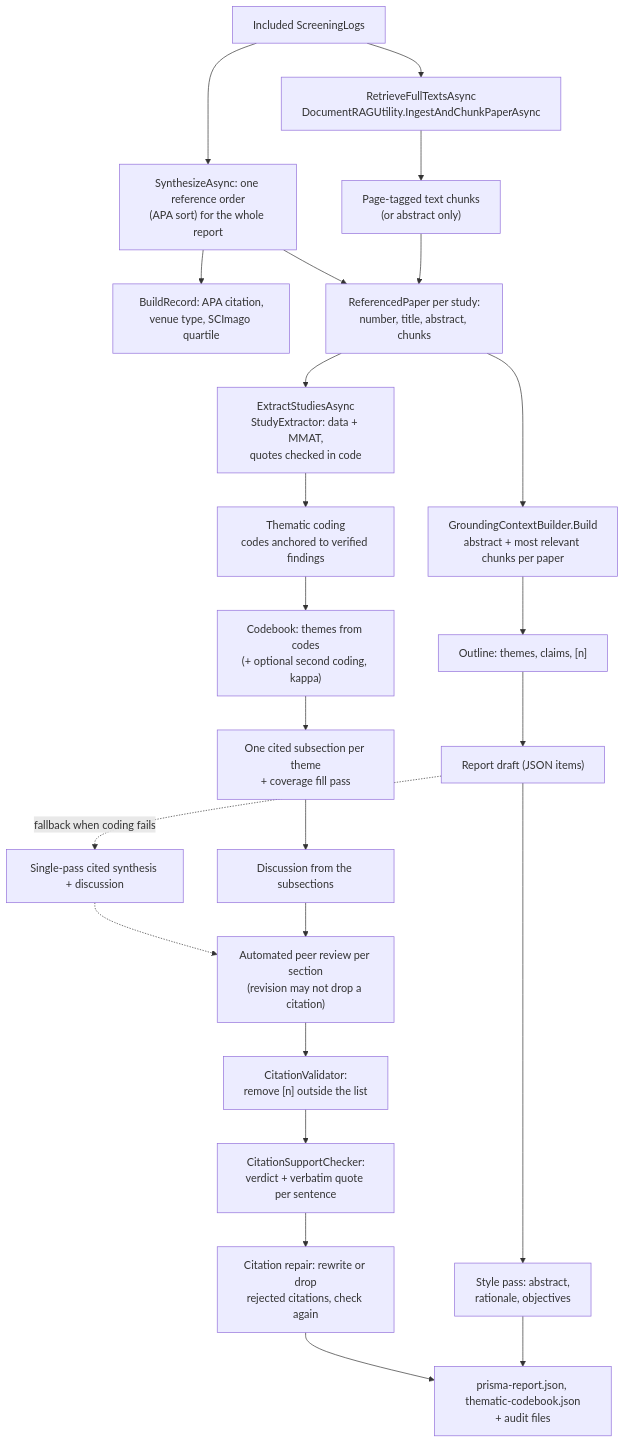
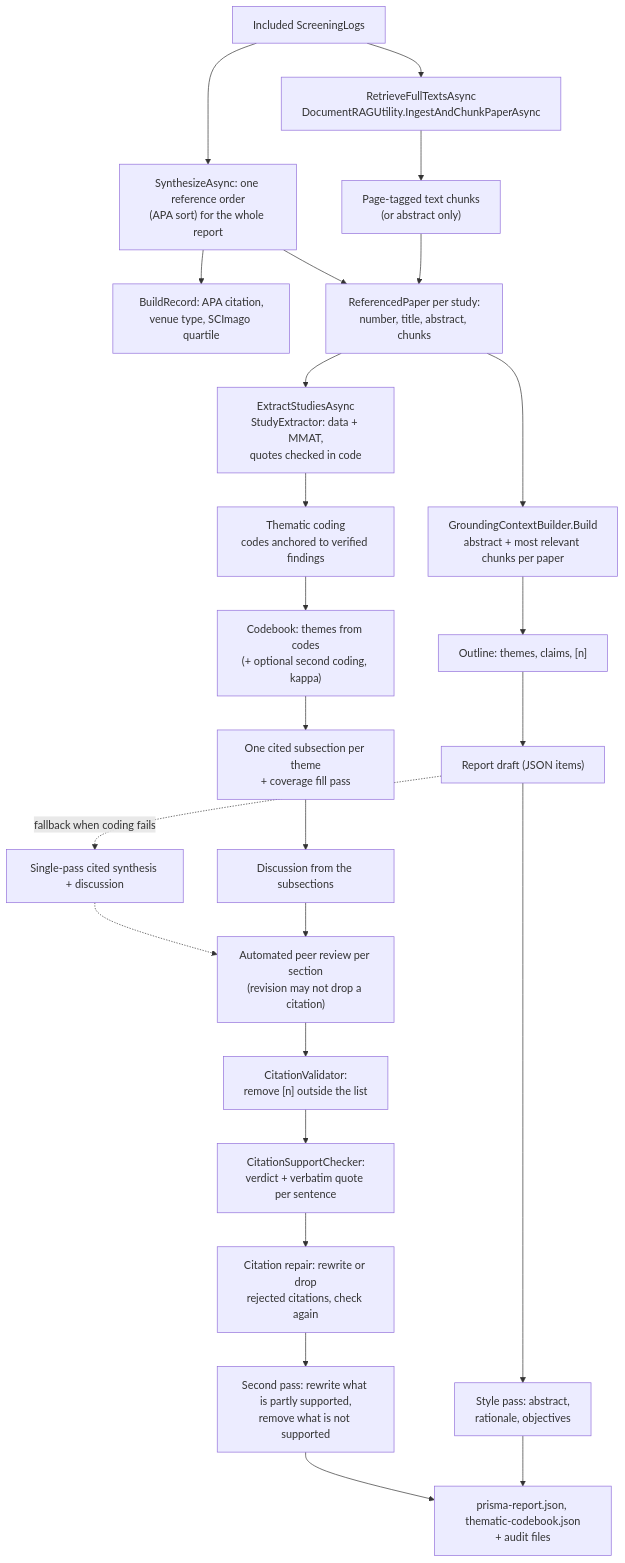
The diagram in docs/wiki/04-evidence-and-report.md (lauPhilip/au-btech-literature-review-agent), drawn with Mermaid before and after one commit. The commit also changed other lines of this file and 2 other files, not shown here.

First line of the commit message:
(docs): describe the second repair pass in the wiki, the folder guide and the changelog

````diff
--- a/docs/wiki/04-evidence-and-report.md
+++ b/docs/wiki/04-evidence-and-report.md
@@ -7,25 +7,26 @@
 ```mermaid
 flowchart TD
     INC["Included ScreeningLogs"] --> FT["RetrieveFullTextsAsync<br/>DocumentRAGUtility.IngestAndChunkPaperAsync"]
     FT --> CH["Page-tagged text chunks<br/>(or abstract only)"]
     INC --> ORD["SynthesizeAsync: one reference order<br/>(APA sort) for the whole report"]
     ORD --> REC["BuildRecord: APA citation,<br/>venue type, SCImago quartile"]
     CH --> REF["ReferencedPaper per study:<br/>number, title, abstract, chunks"]
     ORD --> REF
     REF --> EX["ExtractStudiesAsync<br/>StudyExtractor: data + MMAT,<br/>quotes checked in code"]
     REF --> GC["GroundingContextBuilder.Build<br/>abstract + most relevant chunks per paper"]
     GC --> OUT["Outline: themes, claims, [n]"]
     OUT --> DR["Report draft (JSON items)"]
     DR --> ST["Style pass: abstract,<br/>rationale, objectives"]
     EX --> COD["Thematic coding<br/>codes anchored to verified findings"]
     COD --> CB["Codebook: themes from codes<br/>(+ optional second coding, kappa)"]
     CB --> TS["One cited subsection per theme<br/>+ coverage fill pass"]
     TS --> DIS["Discussion from the subsections"]
     DIS --> PRV["Automated peer review per section<br/>(revision may not drop a citation)"]
     DR -. "fallback when coding fails" .-> CS["Single-pass cited synthesis + discussion"]
     CS -.-> PRV
     PRV --> RV["CitationValidator:<br/>remove [n] outside the list"]
     RV --> SC["CitationSupportChecker:<br/>verdict + verbatim quote per sentence"]
     SC --> RP["Citation repair: rewrite or drop<br/>rejected citations, check again"]
-    ST & RP --> REP["prisma-report.json, thematic-codebook.json<br/>+ audit files"]
+    RP --> RP2["Second pass: rewrite what is partly supported,<br/>remove what is not supported"]
+    ST & RP2 --> REP["prisma-report.json, thematic-codebook.json<br/>+ audit files"]
 ```
````
